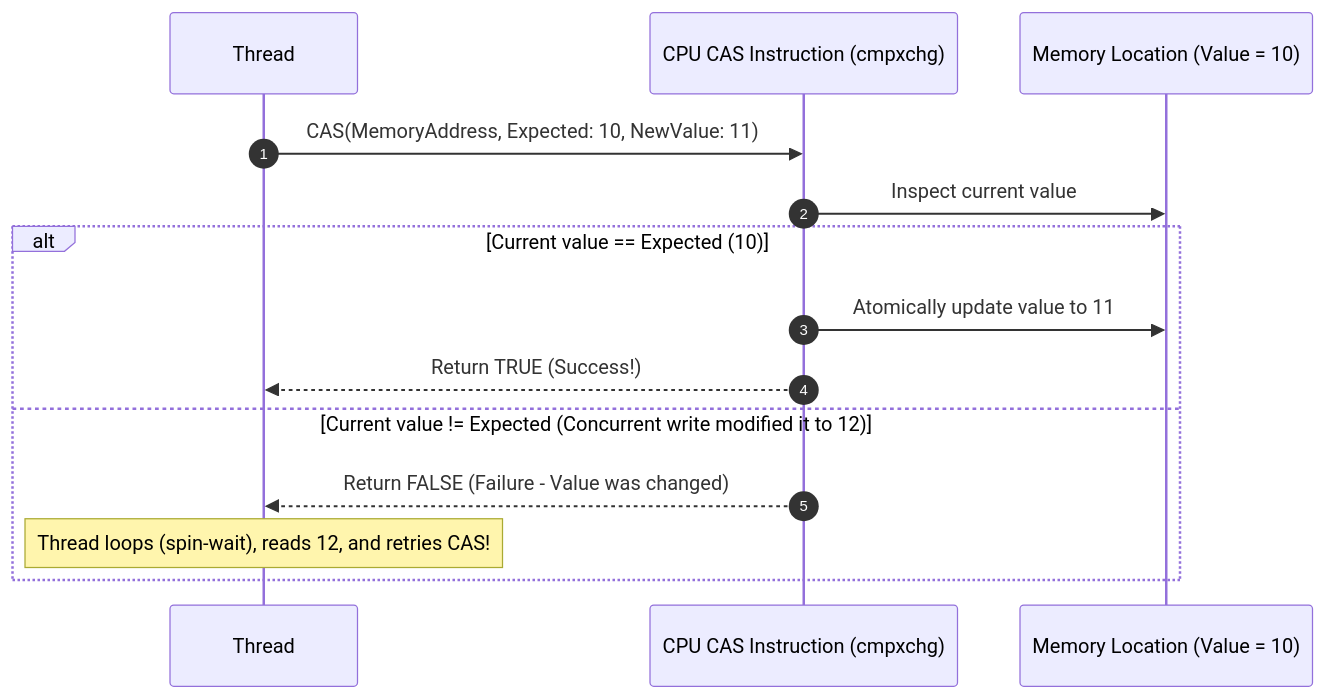
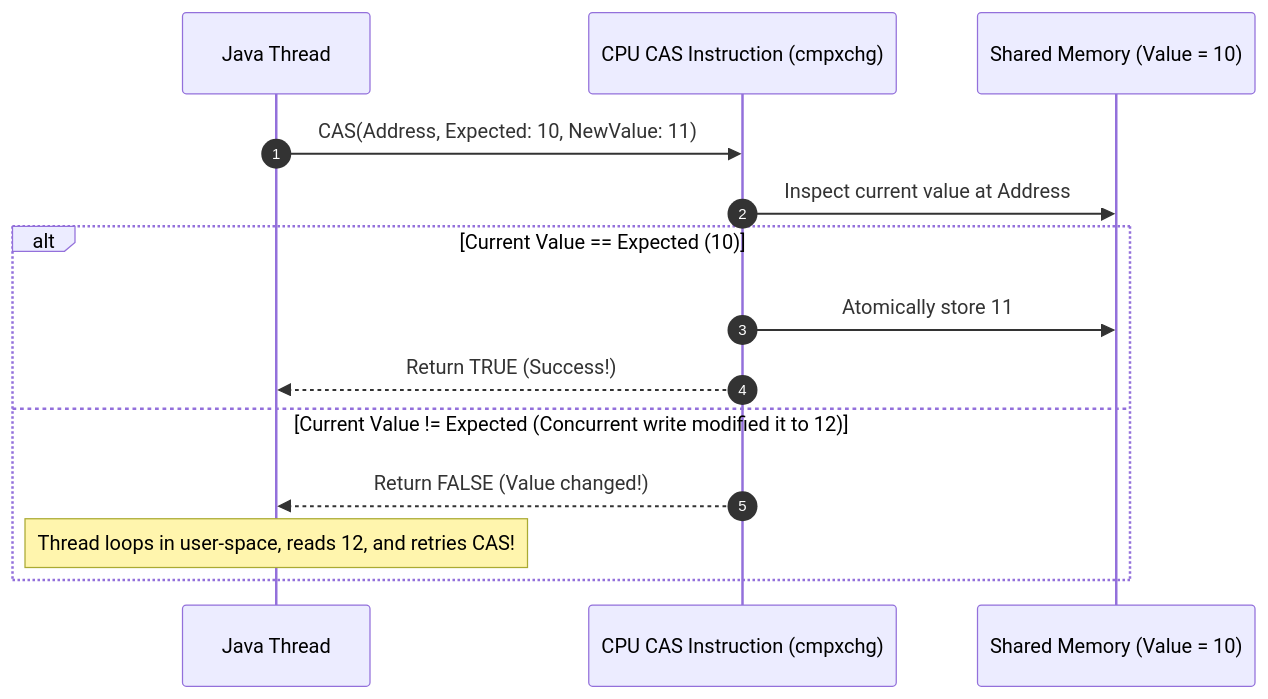
The fourth of 8 diagrams in docs/java/concurrency-jvm.mdx (weaponxwolf/backend-engineering-mastry), drawn with Mermaid before and after one commit. The commit also changed other lines of this file and 14 other files, not shown here.

Commit message:
docs: refactor and expand JPA and Hibernate architecture guide with physical memory and performance insights

````diff
--- a/docs/java/concurrency-jvm.mdx
+++ b/docs/java/concurrency-jvm.mdx
@@ -95,17 +194,17 @@
 ```mermaid
 sequenceDiagram
     autonumber
-    participant T as Thread
+    participant Thread as Java Thread
     participant CPU as CPU CAS Instruction (cmpxchg)
-    participant Mem as Memory Location (Value = 10)
+    participant RAM as Shared Memory (Value = 10)
 
-    T->>CPU: CAS(MemoryAddress, Expected: 10, NewValue: 11)
-    CPU->>Mem: Inspect current value
-    alt Current value == Expected (10)
-        CPU->>Mem: Atomically update value to 11
-        CPU-->>T: Return TRUE (Success!)
-    else Current value != Expected (Concurrent write modified it to 12)
-        CPU-->>T: Return FALSE (Failure - Value was changed)
-        Note over T: Thread loops (spin-wait), reads 12, and retries CAS!
+    Thread->>CPU: CAS(Address, Expected: 10, NewValue: 11)
+    CPU->>RAM: Inspect current value at Address
+    alt Current Value == Expected (10)
+        CPU->>RAM: Atomically store 11
+        CPU-->>Thread: Return TRUE (Success!)
+    else Current Value != Expected (Concurrent write modified it to 12)
+        CPU-->>Thread: Return FALSE (Value changed!)
+        Note over Thread: Thread loops in user-space, reads 12, and retries CAS!
     end
 ```
````
